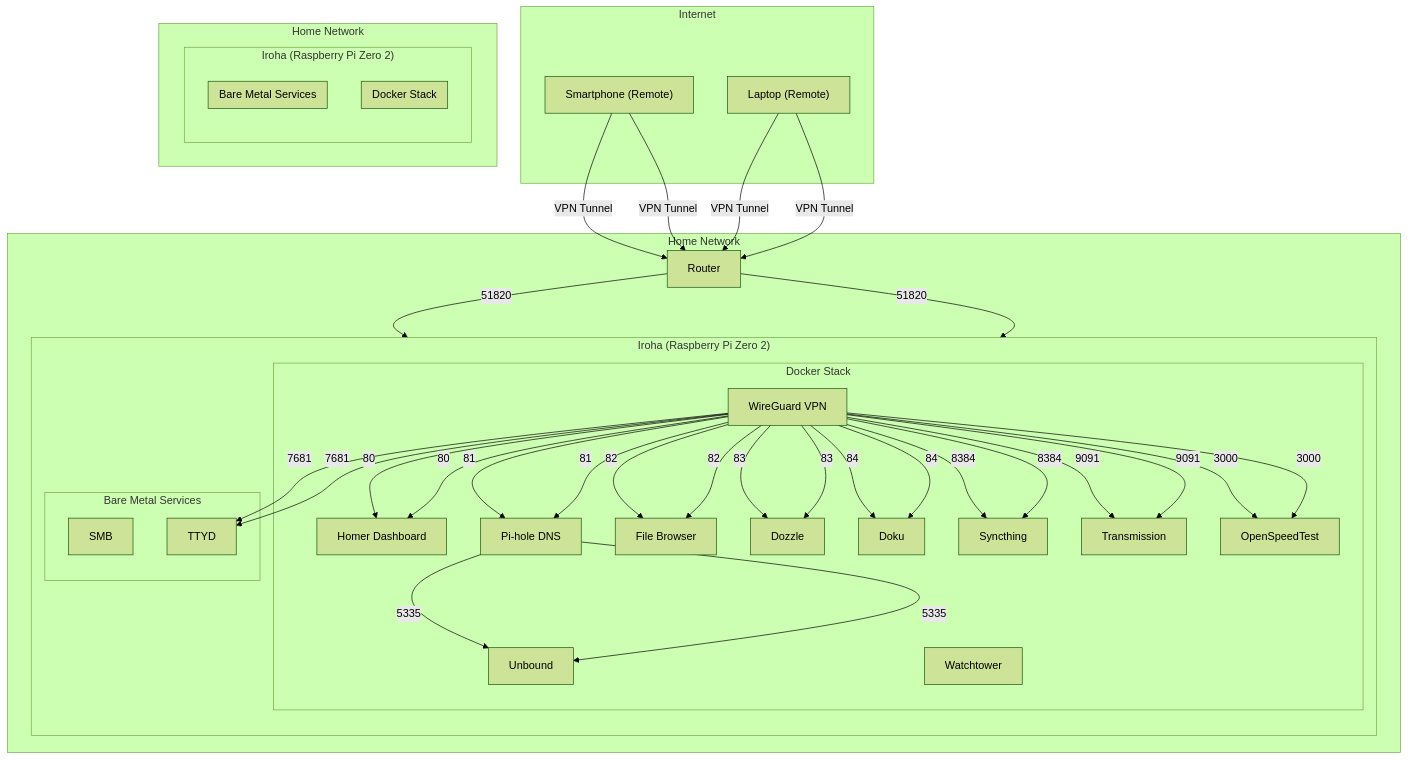
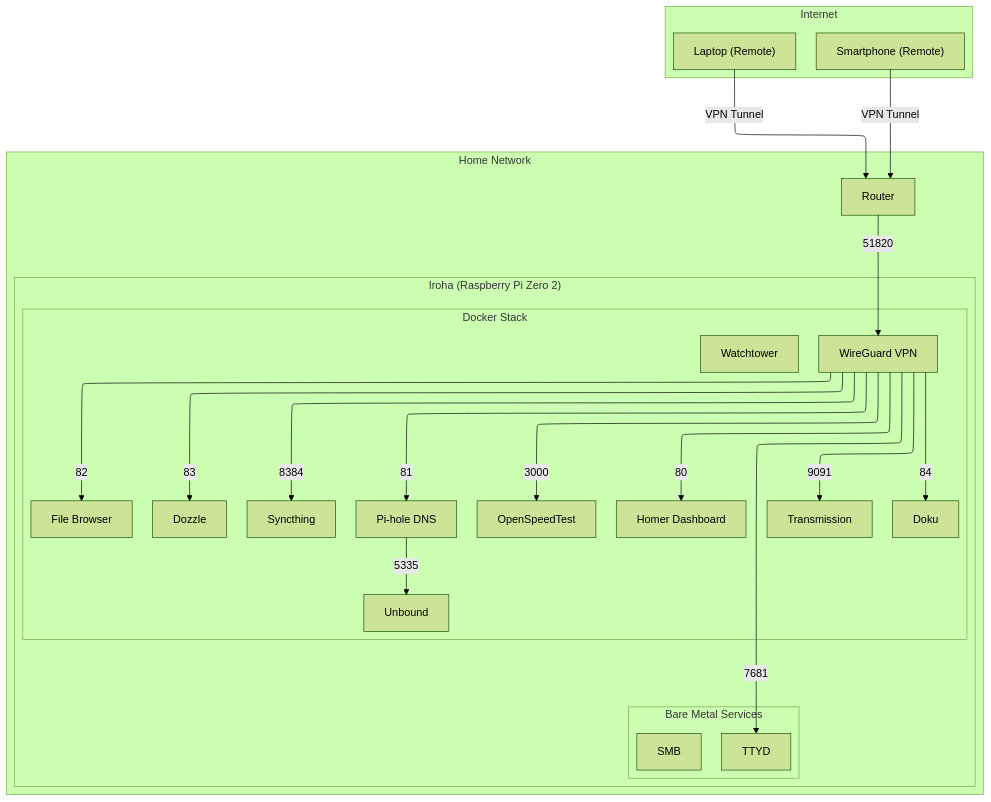
Before and after one commit to NishiyaKN/rpi: the diagram in README.md, drawn with Mermaid (forest theme).

Commit message:
Revise system architecture diagram in README
Updated system architecture diagram with new layout and removed redundant sections.

````diff
--- a/README.md
+++ b/README.md
@@ -13,116 +13,68 @@
 ```mermaid
-graph TD
+---
+config:
+  layout: elk
+---
+flowchart TB
+ subgraph Internet["Internet"]
+        Phone["Smartphone (Remote)"]
+        Laptop["Laptop (Remote)"]
+  end
+ subgraph subGraph1["Docker Stack"]
+        WG["WireGuard VPN"]
+        HM["Homer Dashboard"]
+        PH["️Pi-hole DNS"]
+        UN["Unbound"]
+        FB["File Browser"]
+        DZ["Dozzle"]
+        OST["OpenSpeedTest"]
+        TR["Transmission"]
+        ST["Syncthing"]
+        WT["Watchtower"]
+        DK["Doku"]
+  end
+ subgraph subGraph2["Bare Metal Services"]
+        SMB["SMB"]
+        TTYD["TTYD"]
+  end
+ subgraph subGraph3["Iroha (Raspberry Pi Zero 2)"]
+    direction TB
+        subGraph1
+        subGraph2
+  end
+ subgraph subGraph4["Home Network"]
+        Router["Router"]
+        subGraph3
+  end
+    Phone -- VPN Tunnel --> Router
+    Laptop -- VPN Tunnel --> Router
+    Router -- 51820 --> WG
+    WG -- 80 --> HM
+    WG -- 81 --> PH
+    PH -- 5335 --> UN
+    WG -- 82 --> FB
+    WG -- 83 --> DZ
+    WG -- 84 --> DK
+    WG -- 8384 --> ST
+    WG -- 9091 --> TR
+    WG -- 3000 --> OST
+    WG -- 7681 --> TTYD
 
-    subgraph Internet
-        Phone["Smartphone (Remote)"]:::ext
-        Laptop["Laptop (Remote)"]:::ext
-    end
-
-    subgraph "Home Network"
-        Router["Router"]:::hardware
-        
-        subgraph "Iroha (Raspberry Pi Zero 2)"
-            direction TB
-            
-            subgraph "Docker Stack"
-                WG["WireGuard VPN"]:::docker
-                HM["Homer Dashboard"]:::docker
-                PH["️Pi-hole DNS"]:::docker
-                UN["Unbound"]:::docker
-                FB["File Browser"]:::docker
-                DZ["Dozzle"]:::docker
-                OST["OpenSpeedTest"]:::docker
-                TR["Transmission"]:::docker
-                ST["Syncthing"]:::docker
-                WT["Watchtower"]:::docker
-                DK["Doku"]:::docker
-            end
-
-            subgraph "Bare Metal Services"
-                SMB["SMB"]:::baremetal
-                TTYD["TTYD"]:::baremetal
-            end 
-            %%SSD["Storage"]:::hardware
-        end
-    end
-
-    %% Connections
-    Phone -->|VPN Tunnel| Router
-    Laptop -->|VPN Tunnel| Router
-    Router -->|51820| WG
-    
-    %% Internal Docker Routing
-    WG --> |80| HM
-    WG --> |81| PH
-    PH --> |5335| UN
-    WG --> |82| FB
-    WG --> |83| DZ
-    WG --> |84| DK
-    WG --> |8384| ST
-    WG --> |9091| TR
-
-    WG --> |3000| OST
-    WG --> |7681| TTYD
-    
-    %% Storage Access
-    %%TR -->|Read/Write| SSD
-    %%FB -->|Manage Files| SSD
-    %%SMB -->|File Share| SSD
-
-    subgraph Internet
-        Phone["Smartphone (Remote)"]:::ext
-        Laptop["Laptop (Remote)"]:::ext
-    end
-
-    subgraph "Home Network"
-        Router["Router"]:::hardware
-        
-        subgraph "Iroha (Raspberry Pi Zero 2)"
-            direction TB
-            
-            subgraph "Docker Stack"
-                WG["WireGuard VPN"]:::docker
-                HM["Homer Dashboard"]:::docker
-                PH["️Pi-hole DNS"]:::docker
-                UN["Unbound"]:::docker
-                FB["File Browser"]:::docker
-                DZ["Dozzle"]:::docker
-                OST["OpenSpeedTest"]:::docker
-                TR["Transmission"]:::docker
-                ST["Syncthing"]:::docker
-                WT["Watchtower"]:::docker
-                DK["Doku"]:::docker
-            end
-
-            subgraph "Bare Metal Services"
-                SMB["SMB"]:::baremetal
-                TTYD["TTYD"]:::baremetal
-            end 
-            %%SSD["Storage"]:::hardware
-        end
-    end
-
-    %% Connections
-    Phone -->|VPN Tunnel| Router
-    Laptop -->|VPN Tunnel| Router
-    Router -->|51820| WG
-    
-    %% Internal Docker Routing
-    WG --> |80| HM
-    WG --> |81| PH
-    PH --> |5335| UN
-    WG --> |82| FB
-    WG --> |83| DZ
-    WG --> |84| DK
-    WG --> |8384| ST
-    WG --> |9091| TR
-
-    WG --> |3000| OST
-    WG --> |7681| TTYD
-    
-    %% Storage Access
-    %%TR -->|Read/Write| SSD
-    %%FB -->|Manage Files| SSD
-    %%SMB -->|File Share| SSD
+     Phone:::ext
+     Laptop:::ext
+     Router:::hardware
+     WG:::docker
+     HM:::docker
+     PH:::docker
+     UN:::docker
+     FB:::docker
+     DZ:::docker
+     OST:::docker
+     TR:::docker
+     ST:::docker
+     WT:::docker
+     DK:::docker
+     SMB:::baremetal
+     TTYD:::baremetal
 
 ```
````
